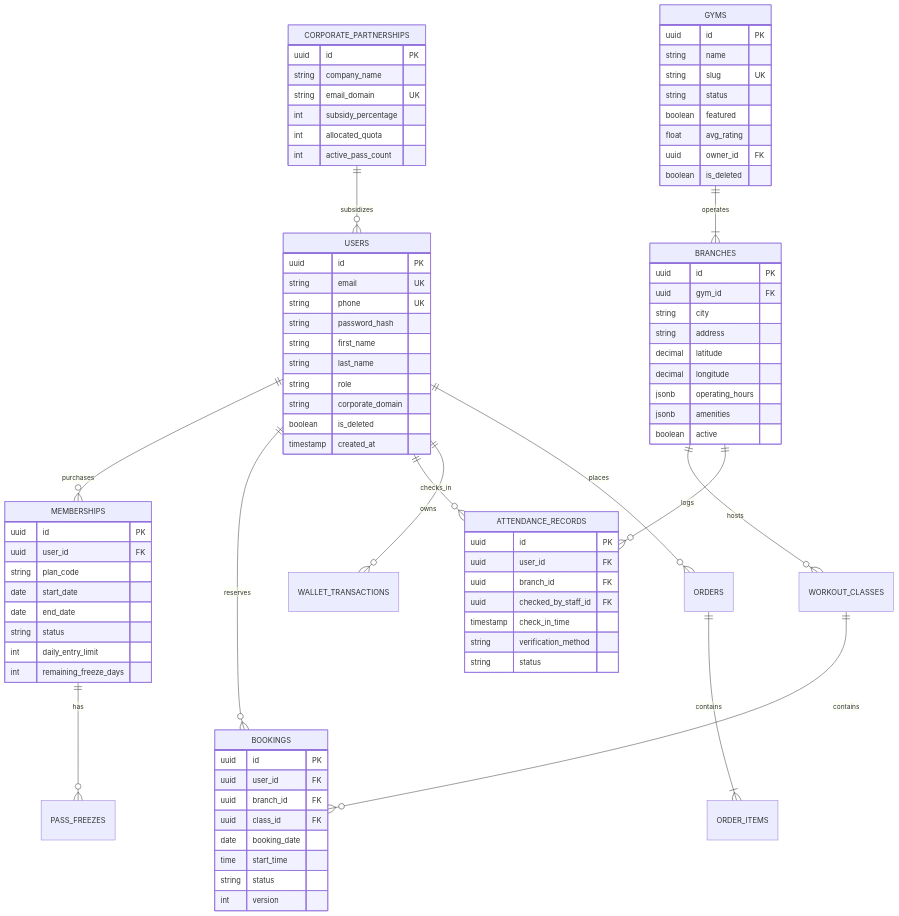
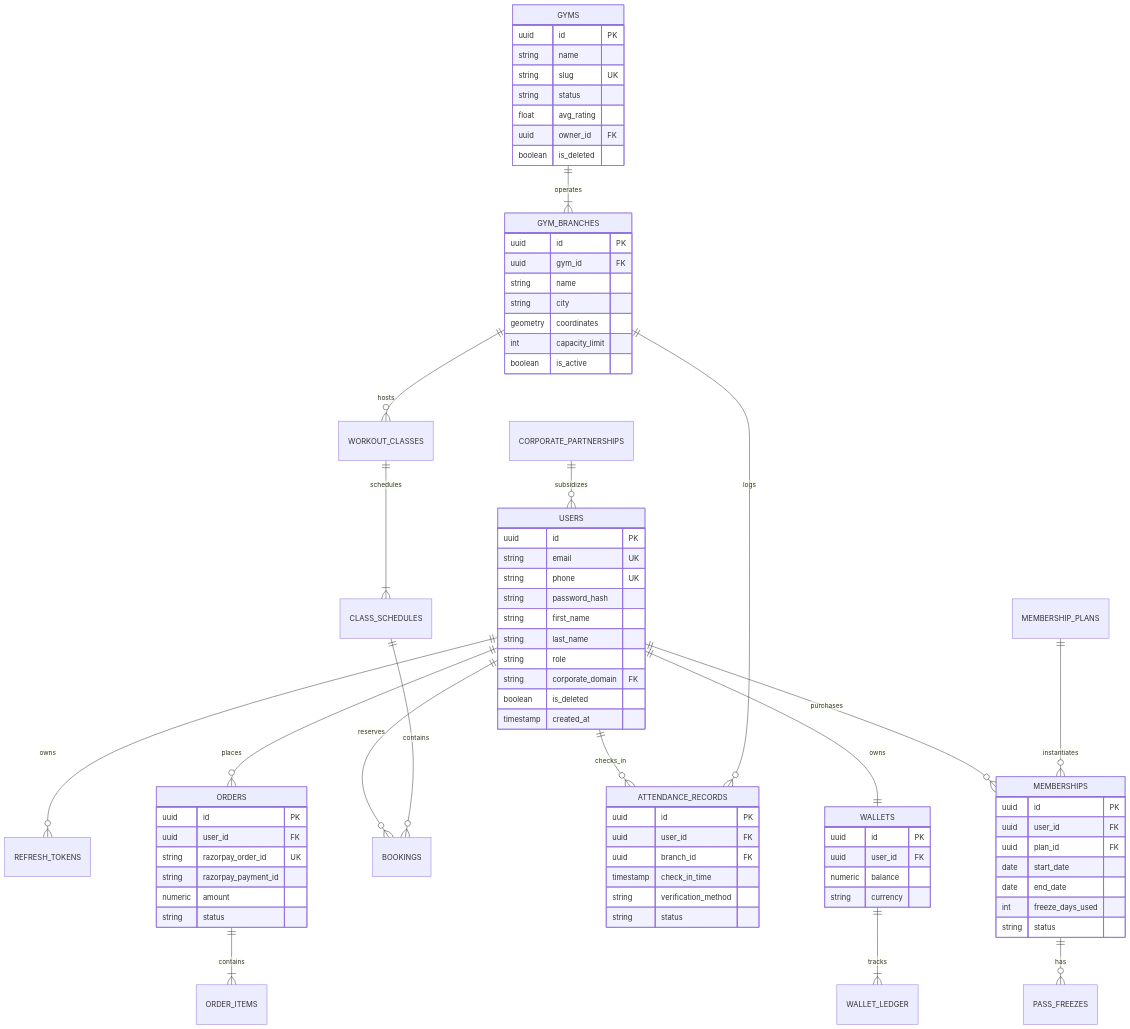
The third of 9 diagrams in SYSTEM_DESIGN.md (ayushgupta9906/FitEmpire), drawn with Mermaid before and after one commit. The commit also changed other lines of this file and 19 other files, not shown here.

````diff
--- a/SYSTEM_DESIGN.md
+++ b/SYSTEM_DESIGN.md
@@ -297,17 +509,21 @@
 ```mermaid
 erDiagram
+    USERS ||--o{ REFRESH_TOKENS : owns
     USERS ||--o{ MEMBERSHIPS : purchases
     USERS ||--o{ BOOKINGS : reserves
     USERS ||--o{ ATTENDANCE_RECORDS : checks_in
-    USERS ||--o{ WALLET_TRANSACTIONS : owns
+    USERS ||--|| WALLETS : owns
     USERS ||--o{ ORDERS : places
-    GYMS ||--|{ BRANCHES : operates
-    BRANCHES ||--o{ WORKOUT_CLASSES : hosts
-    WORKOUT_CLASSES ||--o{ BOOKINGS : contains
-    BRANCHES ||--o{ ATTENDANCE_RECORDS : logs
+    CORPORATE_PARTNERSHIPS ||--o{ USERS : subsidizes
+    GYMS ||--|{ GYM_BRANCHES : operates
+    GYM_BRANCHES ||--o{ WORKOUT_CLASSES : hosts
+    WORKOUT_CLASSES ||--|{ CLASS_SCHEDULES : schedules
+    CLASS_SCHEDULES ||--o{ BOOKINGS : contains
+    GYM_BRANCHES ||--o{ ATTENDANCE_RECORDS : logs
+    MEMBERSHIP_PLANS ||--o{ MEMBERSHIPS : instantiates
     MEMBERSHIPS ||--o{ PASS_FREEZES : has
     ORDERS ||--|{ ORDER_ITEMS : contains
-    CORPORATE_PARTNERSHIPS ||--o{ USERS : subsidizes
+    WALLETS ||--|{ WALLET_LEDGER : tracks
 
     USERS {
         uuid id PK
@@ -317,7 +533,7 @@
         string first_name
         string last_name
         string role
-        string corporate_domain
+        string corporate_domain FK
         boolean is_deleted
         timestamp created_at
     }
@@ -327,62 +543,53 @@
         string name
         string slug UK
         string status
-        boolean featured
         float avg_rating
         uuid owner_id FK
         boolean is_deleted
     }
 
-    BRANCHES {
+    GYM_BRANCHES {
         uuid id PK
         uuid gym_id FK
+        string name
         string city
-        string address
-        decimal latitude
-        decimal longitude
-        jsonb operating_hours
-        jsonb amenities
-        boolean active
+        geometry coordinates
+        int capacity_limit
+        boolean is_active
     }
 
     MEMBERSHIPS {
         uuid id PK
         uuid user_id FK
-        string plan_code
+        uuid plan_id FK
         date start_date
         date end_date
+        int freeze_days_used
         string status
-        int daily_entry_limit
-        int remaining_freeze_days
-    }
-
-    BOOKINGS {
-        uuid id PK
-        uuid user_id FK
-        uuid branch_id FK
-        uuid class_id FK
-        date booking_date
-        time start_time
-        string status
-        int version
     }
 
     ATTENDANCE_RECORDS {
         uuid id PK
         uuid user_id FK
         uuid branch_id FK
-        uuid checked_by_staff_id FK
         timestamp check_in_time
         string verification_method
         string status
     }
 
-    CORPORATE_PARTNERSHIPS {
+    WALLETS {
         uuid id PK
-        string company_name
-        string email_domain UK
-        int subsidy_percentage
-        int allocated_quota
-        int active_pass_count
+        uuid user_id FK
+        numeric balance
+        string currency
+    }
+
+    ORDERS {
+        uuid id PK
+        uuid user_id FK
+        string razorpay_order_id UK
+        string razorpay_payment_id
+        numeric amount
+        string status
     }
 ```
````
